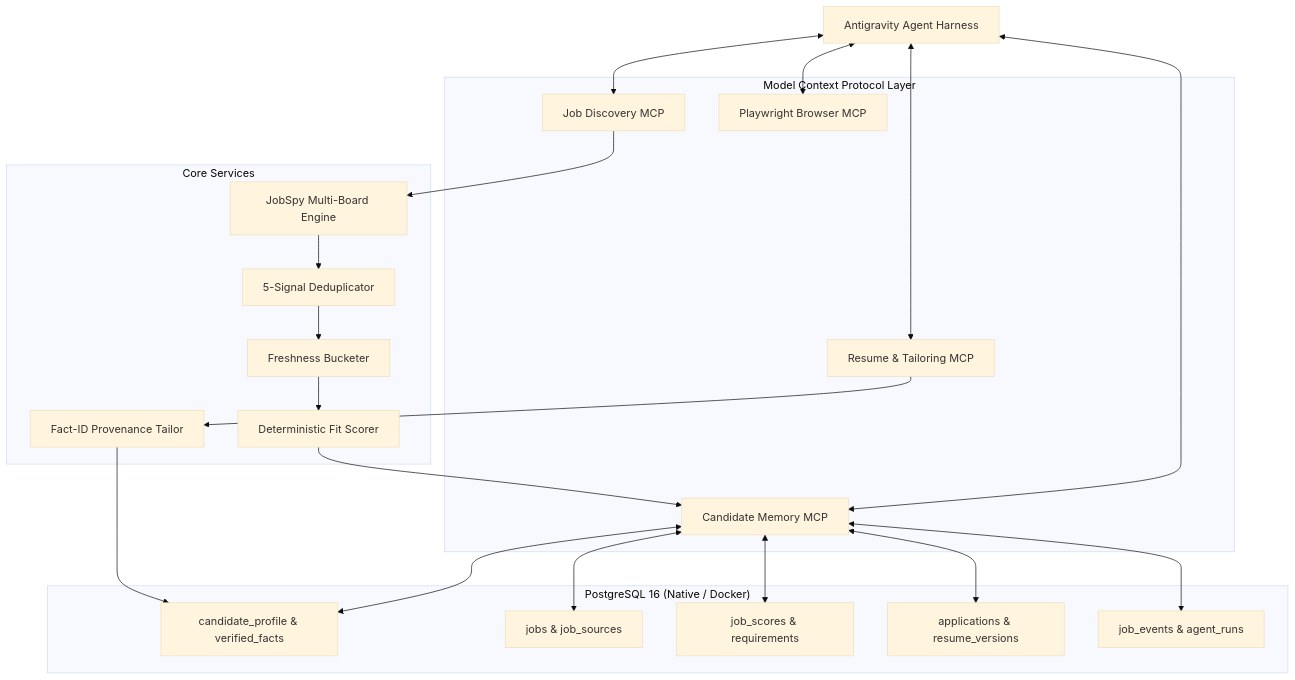
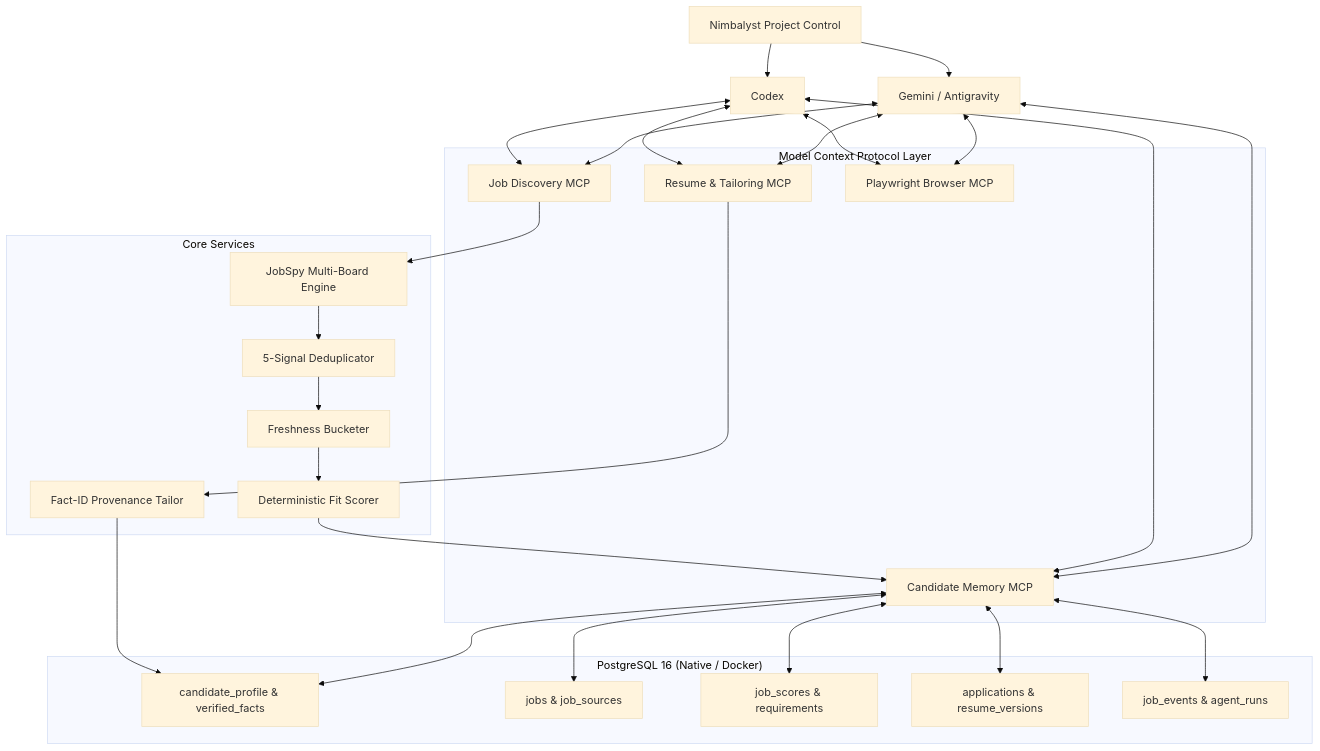
The diagram in docs/architecture.md (deltaformation/job-search-agent), drawn with Mermaid (base theme) before and after one commit. The commit also changed other lines of this file and 35 other files, not shown here.

````diff
--- a/docs/architecture.md
+++ b/docs/architecture.md
@@ -5,47 +5,55 @@
 ```mermaid
 flowchart TD
-    AGY[Antigravity Agent Harness]
+    NIM[Nimbalyst Project Control]
+    AGY[Gemini / Antigravity]
+    COD[Codex]
     
     subgraph MCP["Model Context Protocol Layer"]
         DISC_MCP[Job Discovery MCP]
         MEM_MCP[Candidate Memory MCP]
         RES_MCP[Resume & Tailoring MCP]
         PLAY_MCP[Playwright Browser MCP]
     end
     
     subgraph Engine["Core Services"]
         SCRAPER[JobSpy Multi-Board Engine]
         DEDUPE[5-Signal Deduplicator]
         FRESH[Freshness Bucketer]
         SCORER[Deterministic Fit Scorer]
         TAILOR[Fact-ID Provenance Tailor]
     end
     
     subgraph Storage["PostgreSQL 16 (Native / Docker)"]
         CAND[candidate_profile & verified_facts]
         JOBS[jobs & job_sources]
         SCORES[job_scores & requirements]
         APPS[applications & resume_versions]
         AUDIT[job_events & agent_runs]
     end
 
+    NIM --> AGY
+    NIM --> COD
     AGY <--> DISC_MCP
     AGY <--> MEM_MCP
     AGY <--> RES_MCP
     AGY <--> PLAY_MCP
+    COD <--> DISC_MCP
+    COD <--> MEM_MCP
+    COD <--> RES_MCP
+    COD <--> PLAY_MCP
 
     DISC_MCP --> SCRAPER
     SCRAPER --> DEDUPE
     DEDUPE --> FRESH
     FRESH --> SCORER
     SCORER --> MEM_MCP
 
     MEM_MCP <--> CAND
     MEM_MCP <--> JOBS
     MEM_MCP <--> SCORES
     MEM_MCP <--> APPS
     MEM_MCP <--> AUDIT
 
     RES_MCP --> TAILOR
     TAILOR --> CAND
 ```
````
